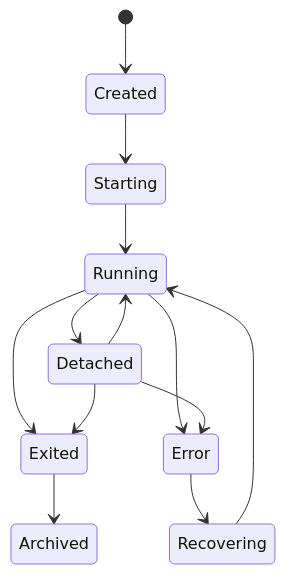
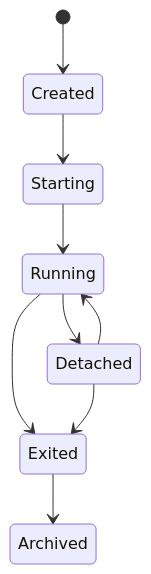
Before and after one commit to zhangbozhb/OmniWork: the second of 2 diagrams in docs/mobile-codex-tui-technical-solution.md, drawn with Mermaid. The commit also changed other lines of this file and 49 other files, not shown here.

````diff
--- a/docs/mobile-codex-tui-technical-solution.md
+++ b/docs/mobile-codex-tui-technical-solution.md
@@ -496,15 +495,11 @@
 ```mermaid
 stateDiagram-v2
   [*] --> Created
   Created --> Starting
   Starting --> Running
   Running --> Detached
   Detached --> Running
   Running --> Exited
   Detached --> Exited
-  Running --> Error
-  Detached --> Error
-  Error --> Recovering
-  Recovering --> Running
   Exited --> Archived
 ```
````
